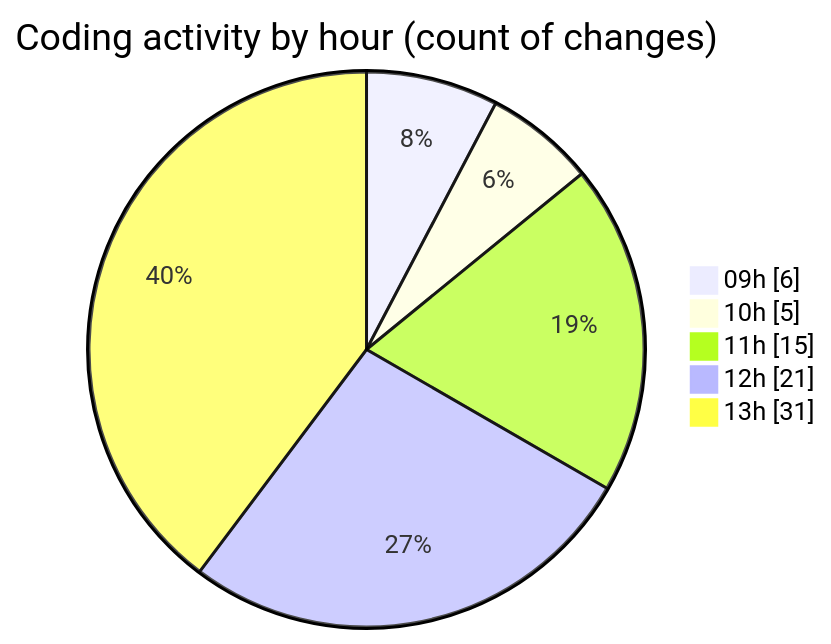
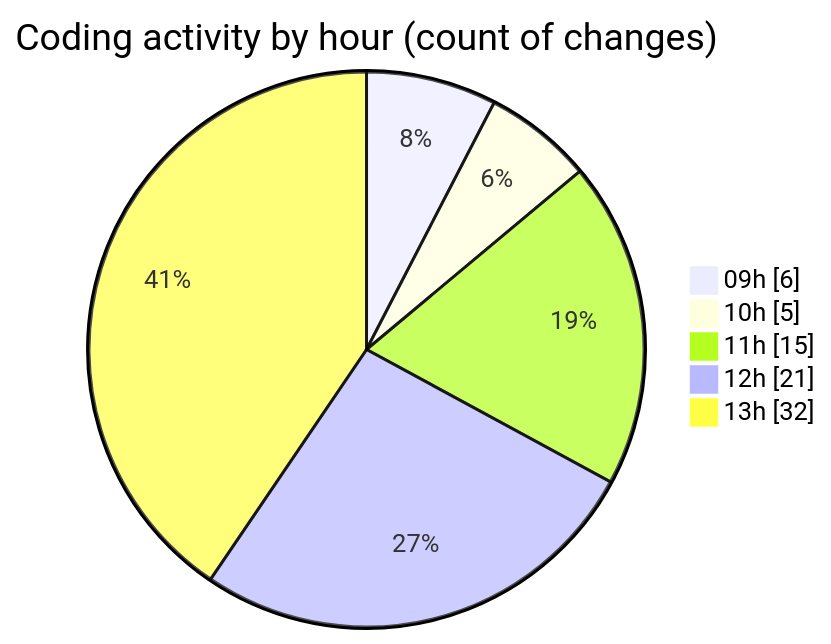
Before and after one commit to momahboobian/code-tracking: the second of 2 diagrams in 2025-10-02/cda/README.md, drawn with Mermaid. The commit also changed other lines of this file and 1 other file, not shown here.

````diff
--- a/2025-10-02/cda/README.md
+++ b/2025-10-02/cda/README.md
@@ -40,9 +40,9 @@
 ```mermaid
 pie showData
 title Coding activity by hour (count of changes)
 "09h" : 6
 "10h" : 5
 "11h" : 15
 "12h" : 21
-"13h" : 31
+"13h" : 32
 ```
````
